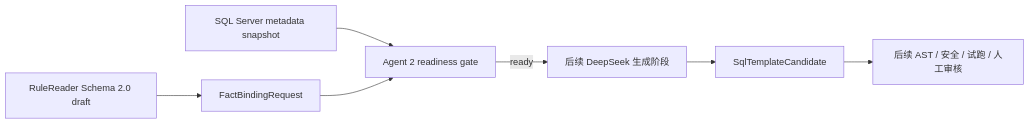
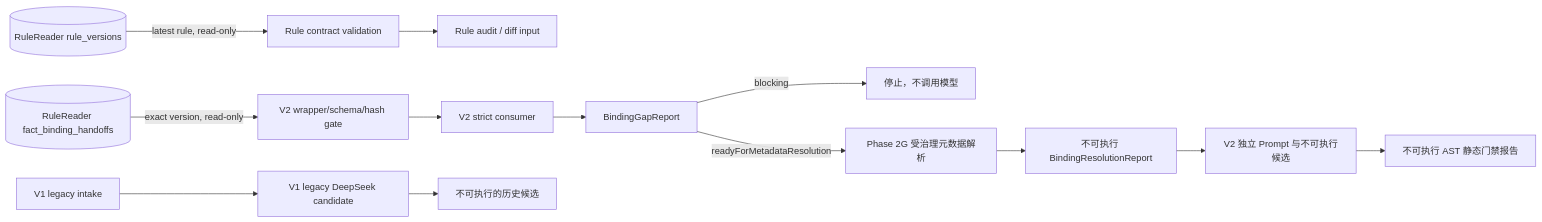
One commit to colglaze/SqlBot changed the diagram in README.md. Above: the diagram before and after it, drawn with Mermaid. The commit also changed other lines of this file and 103 other files, not shown here.

````diff
--- a/README.md
+++ b/README.md
@@ -40,9 +80,15 @@
 ```mermaid
 flowchart LR
-    A[RuleReader Schema 2.0 draft] --> B[FactBindingRequest]
-    M[SQL Server metadata snapshot] --> C[Agent 2 readiness gate]
-    B --> C
-    C -->|ready| D[后续 DeepSeek 生成阶段]
-    D --> E[SqlTemplateCandidate]
-    E --> F[后续 AST / 安全 / 试跑 / 人工审核]
+    R[(RuleReader rule_versions)] -->|latest rule, read-only| G[Rule contract validation]
+    G --> H[Rule audit / diff input]
+    F[(RuleReader fact_binding_handoffs)] -->|exact version, read-only| A[V2 wrapper/schema/hash gate]
+    A --> B[V2 strict consumer]
+    B --> C[BindingGapReport]
+    C -->|blocking| X[停止，不调用模型]
+    C -->|readyForMetadataResolution| M[Phase 2G 受治理元数据解析]
+    M --> N[不可执行 BindingResolutionReport]
+    N --> P[V2 独立 Prompt 与不可执行候选]
+    P --> Q[不可执行 AST 静态门禁报告]
+    L[V1 legacy intake] --> D[V1 legacy DeepSeek candidate]
+    D --> E[不可执行的历史候选]
 ```
````
